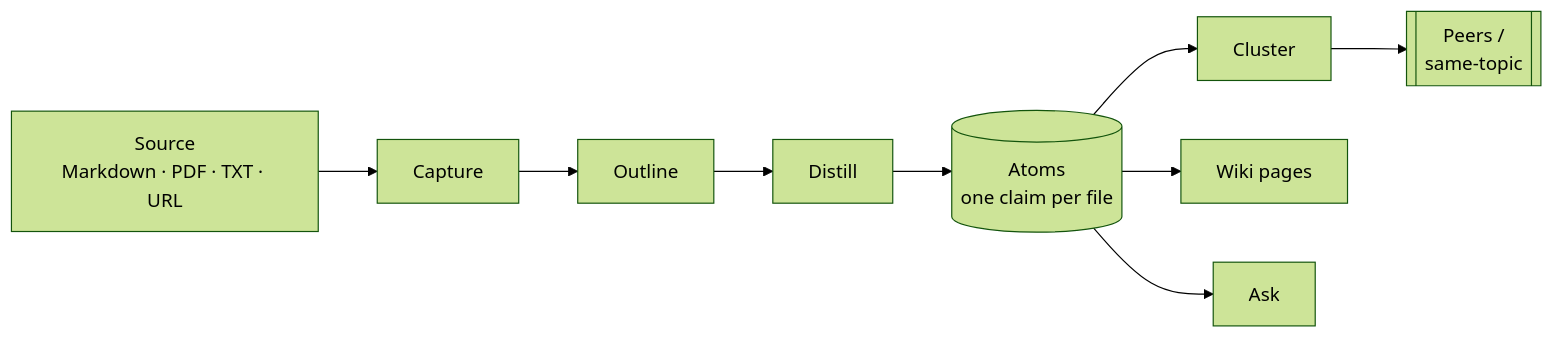
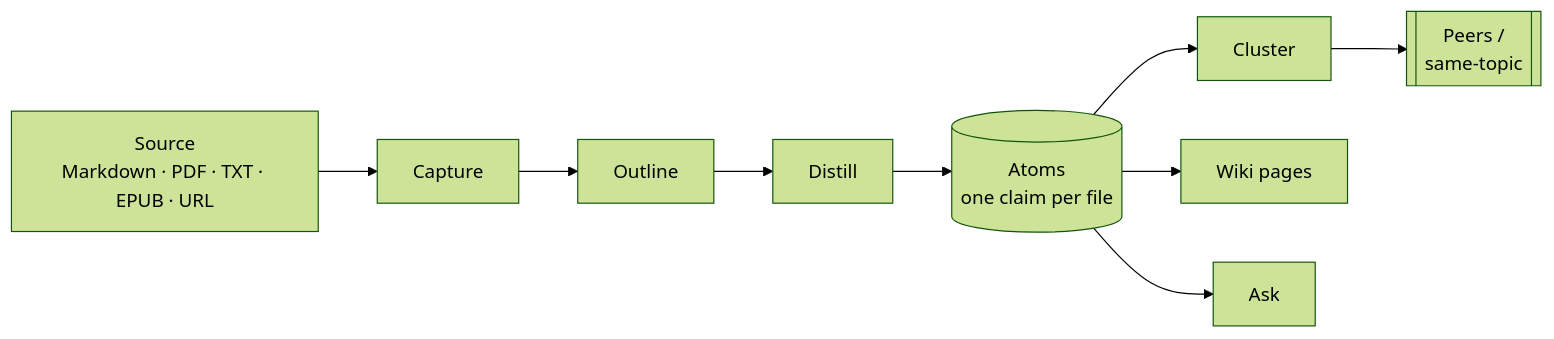
The diagram in README.md (TheFranconianCoder/thought-keeper), drawn with Mermaid (forest theme) before and after one commit. The commit also changed other lines of this file and 53 other files, not shown here.

````diff
--- a/README.md
+++ b/README.md
@@ -82,11 +82,11 @@
 ```mermaid
 flowchart LR
-  S["Source<br/>Markdown · PDF · TXT · URL"] --> C[Capture]
+  S["Source<br/>Markdown · PDF · TXT · EPUB · URL"] --> C[Capture]
   C --> O[Outline]
   O --> D[Distill]
   D --> A[("Atoms<br/>one claim per file")]
   A --> K[Cluster]
   K --> P[["Peers /<br/>same-topic"]]
   A --> W[Wiki pages]
   A --> Q[Ask]
 ```
````
